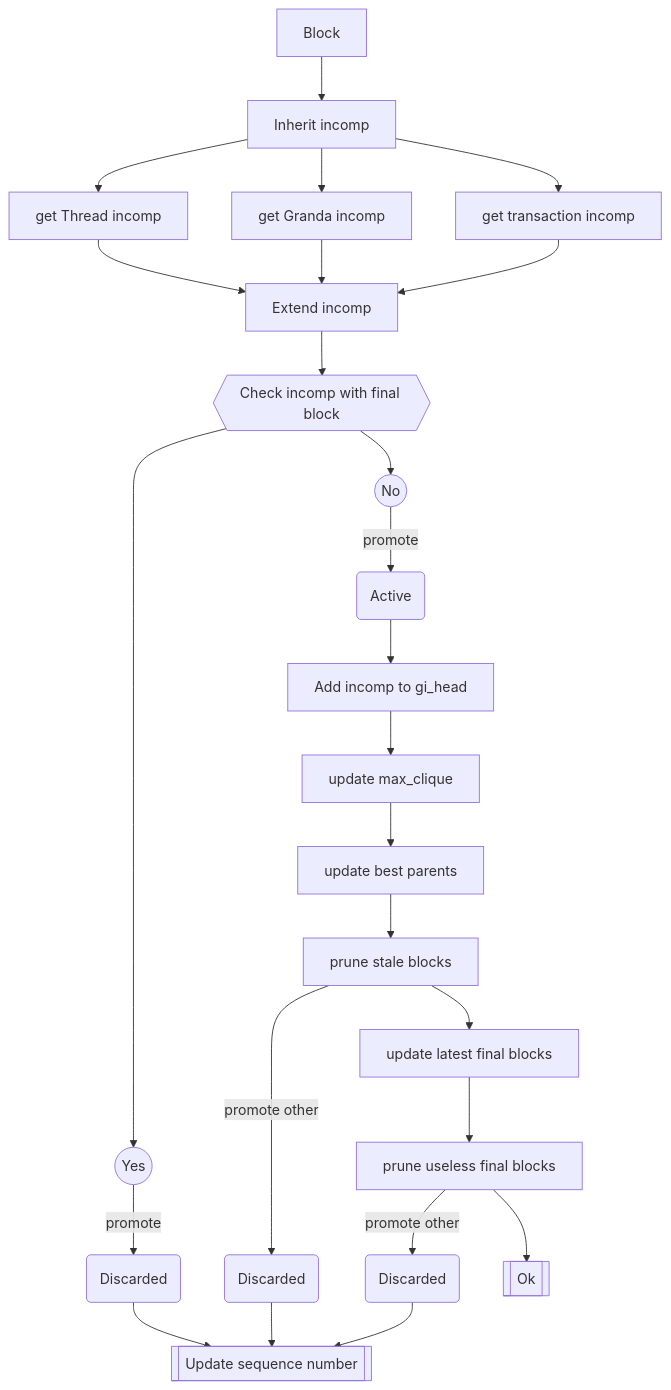
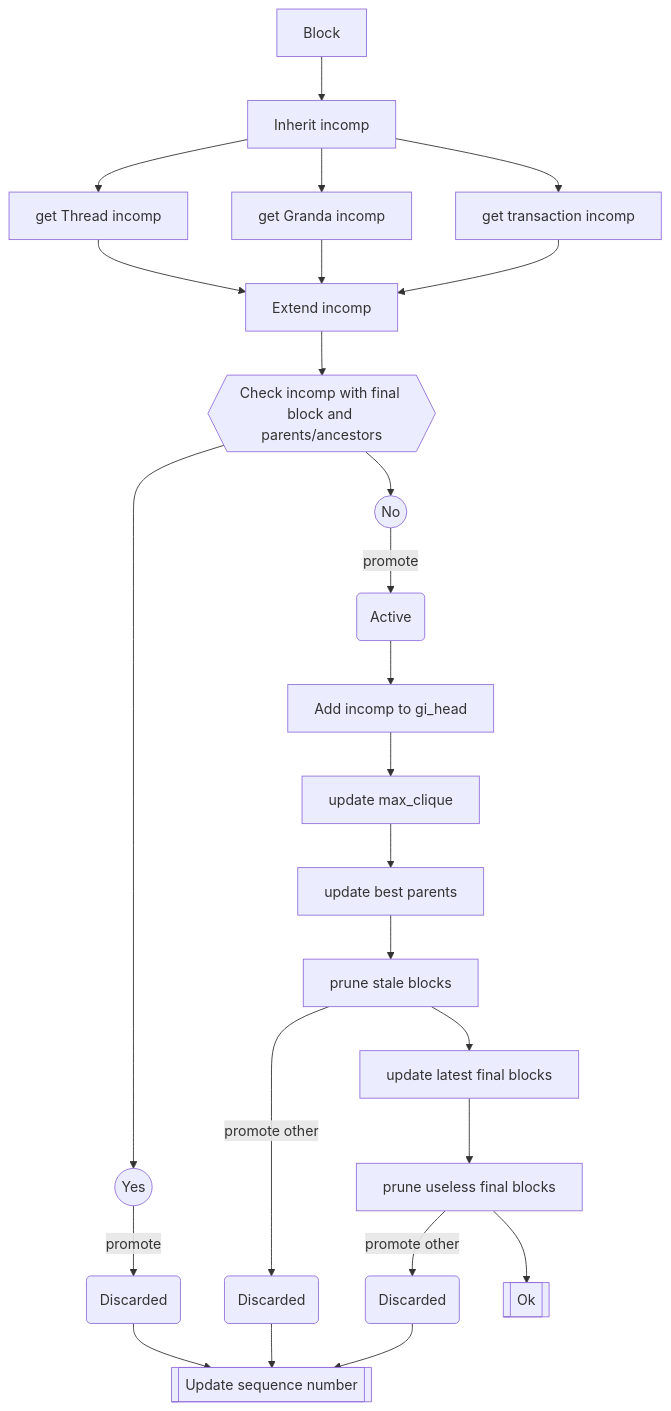
One commit to massalabs/massa changed the fourth of 4 diagrams in consensus/README.md. Above: the diagram before and after it, drawn with Mermaid. The commit also changed other lines of this file, not shown here.

Commit message:
Minor updates in consensus readme.

````diff
--- a/consensus/README.md
+++ b/consensus/README.md
@@ -287,28 +288,28 @@
 ```mermaid
 graph TD
     Block --> A[Inherit incomp]
     A --> B[get Thread incomp]
     A --> C[get Granda incomp]
     A --> D[get transaction incomp]
     B & C & D --> E[Extend incomp]
-    E --> F{{Check incomp with final block}}
+    E --> F{{Check incomp with final block and parents/ancestors}}
     F --> G((Yes))
     F --> H((No))
 
     G --> |promote| I(Discarded)
     I --> J[[Update sequence number]]
     H --> |promote| K(Active)
     K --> L[Add incomp to gi_head]
     L --> M[update max_clique]
     M --> N[update best parents]
     N --> O[prune stale blocks]
     O --> |promote other| R(Discarded)
 
     O --> P[update latest final blocks]
     P --> Q[prune useless final blocks]
 
     Q --> |promote other| S(Discarded)
     Q --> T[[Ok]]
 
     R & S --> J
 ```
````
